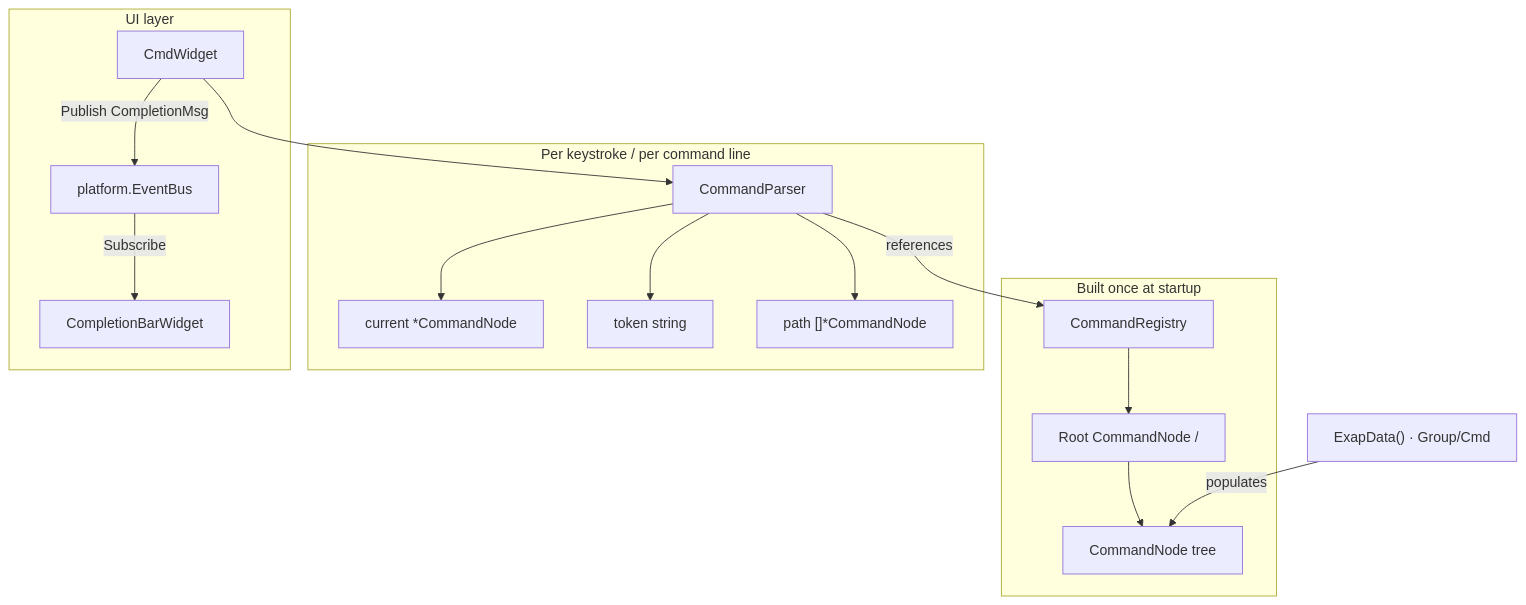
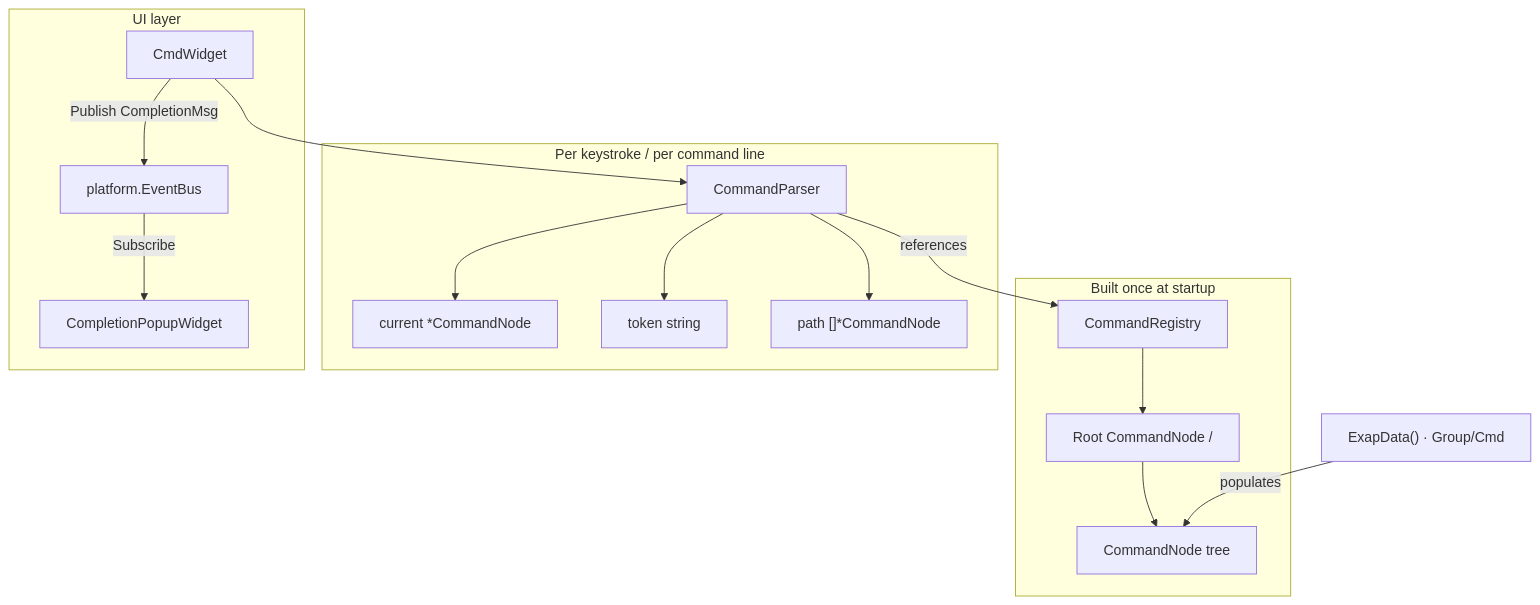
One commit to yairgd/gdbforge changed the first of 2 diagrams in docs/COMMAND_SYSTEM.md. Above: the diagram before and after it, drawn with Mermaid. The commit also changed other lines of this file and 14 other files, not shown here.

````diff
--- a/docs/COMMAND_SYSTEM.md
+++ b/docs/COMMAND_SYSTEM.md
@@ -32,32 +32,32 @@
 ```mermaid
 flowchart TB
     subgraph static ["Built once at startup"]
         Registry["CommandRegistry"]
         Root["Root CommandNode /"]
         Tree["CommandNode tree"]
         Registry --> Root
         Root --> Tree
     end
 
     subgraph dynamic ["Per keystroke / per command line"]
         Parser["CommandParser"]
         Current["current *CommandNode"]
         Token["token string"]
         Path["path []*CommandNode"]
         Parser --> Current
         Parser --> Token
         Parser --> Path
     end
 
     subgraph ui ["UI layer"]
         CmdW["CmdWidget"]
         Bus["platform.EventBus"]
-        Bar["CompletionBarWidget"]
+        Bar["CompletionPopupWidget"]
         CmdW --> Parser
         CmdW -->|"Publish CompletionMsg"| Bus
         Bus -->|"Subscribe"| Bar
     end
 
     Parser -->|"references"| Registry
     DSL["ExapData() · Group/Cmd"] -->|"populates"| Tree
 ```
````
